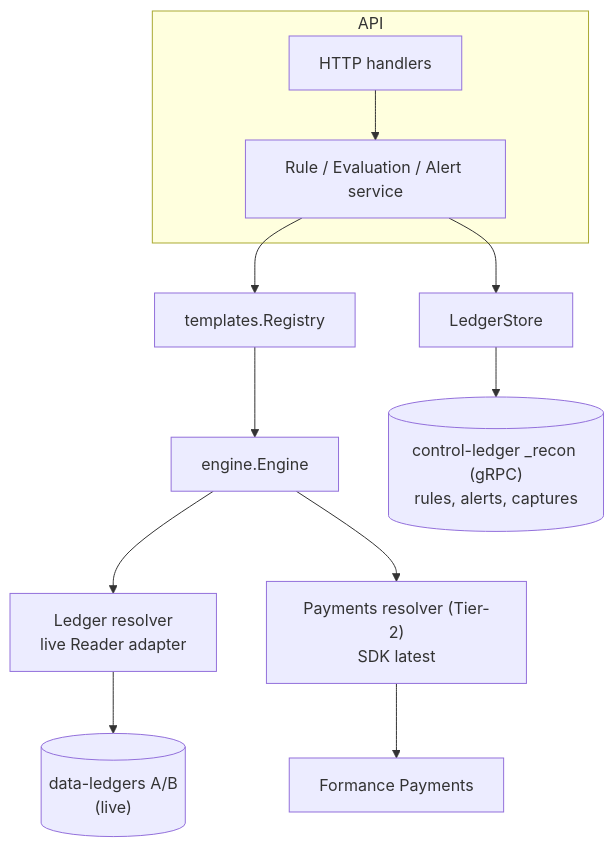
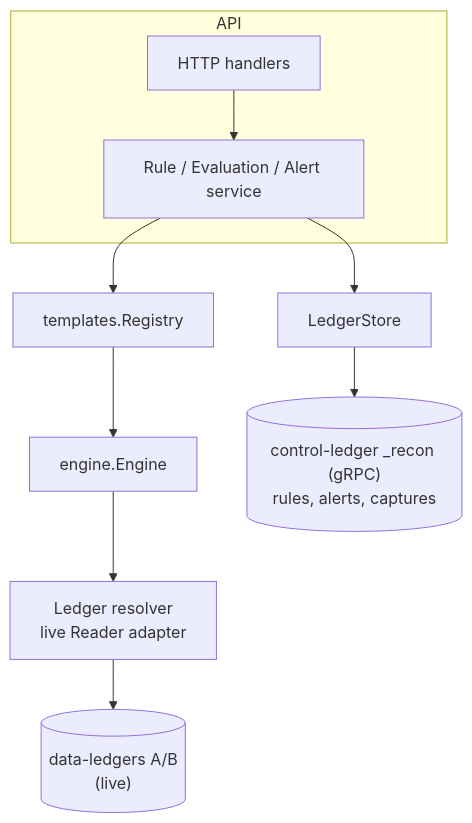
Before and after one commit to formancehq/reconciliation: the first of 3 diagrams in docs/technical/architecture.md, drawn with Mermaid. The commit also changed other lines of this file and 35 other files, not shown here.

````diff
--- a/docs/technical/architecture.md
+++ b/docs/technical/architecture.md
@@ -47,14 +46,12 @@
 ```mermaid
 flowchart TB
     subgraph API
         HTTP[HTTP handlers] --> Svc[Rule / Evaluation / Alert service]
     end
     Svc --> Reg[templates.Registry]
     Svc --> Store[LedgerStore]
     Reg --> Eng[engine.Engine]
     Eng --> LR["Ledger resolver<br/>live Reader adapter"]
-    Eng --> PR["Payments resolver (Tier-2)<br/>SDK latest"]
     Store --> Recon[("control-ledger _recon (gRPC)<br/>rules, alerts, captures")]
     LR --> Data[("data-ledgers A/B<br/>(live)")]
-    PR --> Payments[Formance Payments]
 ```
````
